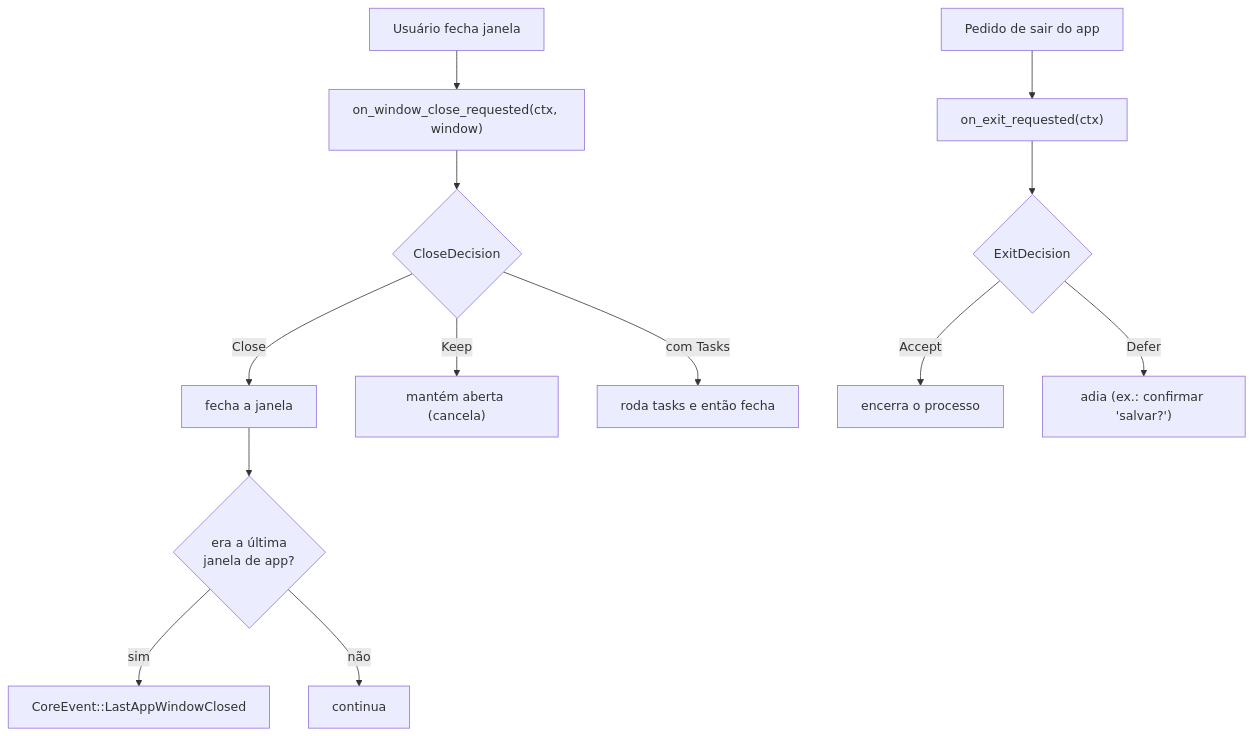
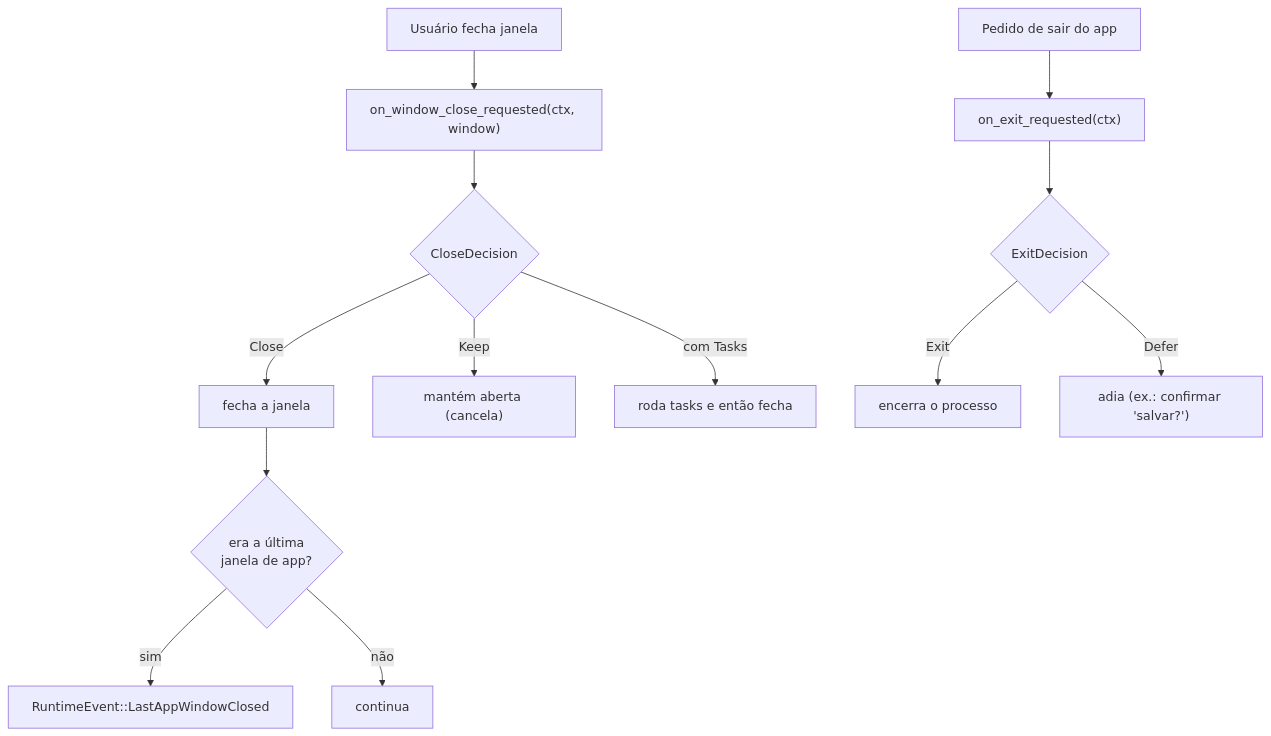
Before and after one commit to JirlanSouza/nive: the third of 6 diagrams in docs/architecture/runtime-flows.md, drawn with Mermaid. The commit also changed other lines of this file and 29 other files, not shown here.

````diff
--- a/docs/architecture/runtime-flows.md
+++ b/docs/architecture/runtime-flows.md
@@ -81,16 +80,16 @@
 ```mermaid
 flowchart TD
     closeReq["Usuário fecha janela"] --> onClose["on_window_close_requested(ctx, window)"]
     onClose --> decision{CloseDecision}
     decision -->|Close| doClose["fecha a janela"]
     decision -->|Keep| keep["mantém aberta (cancela)"]
     decision -->|com Tasks| tasks["roda tasks e então fecha"]
     doClose --> last{era a última<br/>janela de app?}
-    last -->|sim| lastEvt["CoreEvent::LastAppWindowClosed"]
+    last -->|sim| lastEvt["RuntimeEvent::LastAppWindowClosed"]
     last -->|não| idle["continua"]
 
     exitReq["Pedido de sair do app"] --> onExit["on_exit_requested(ctx)"]
     onExit --> exitDec{ExitDecision}
-    exitDec -->|Accept| quit["encerra o processo"]
+    exitDec -->|Exit| quit["encerra o processo"]
     exitDec -->|Defer| defer["adia (ex.: confirmar 'salvar?')"]
 ```
````
